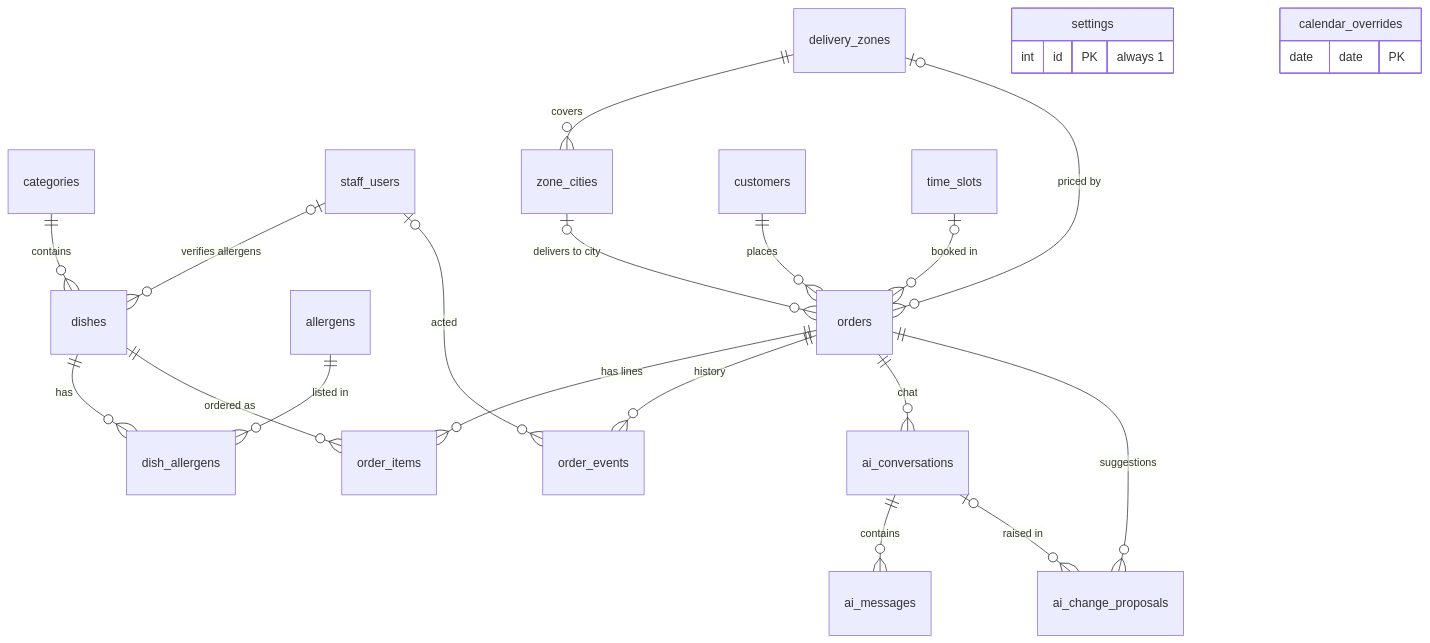
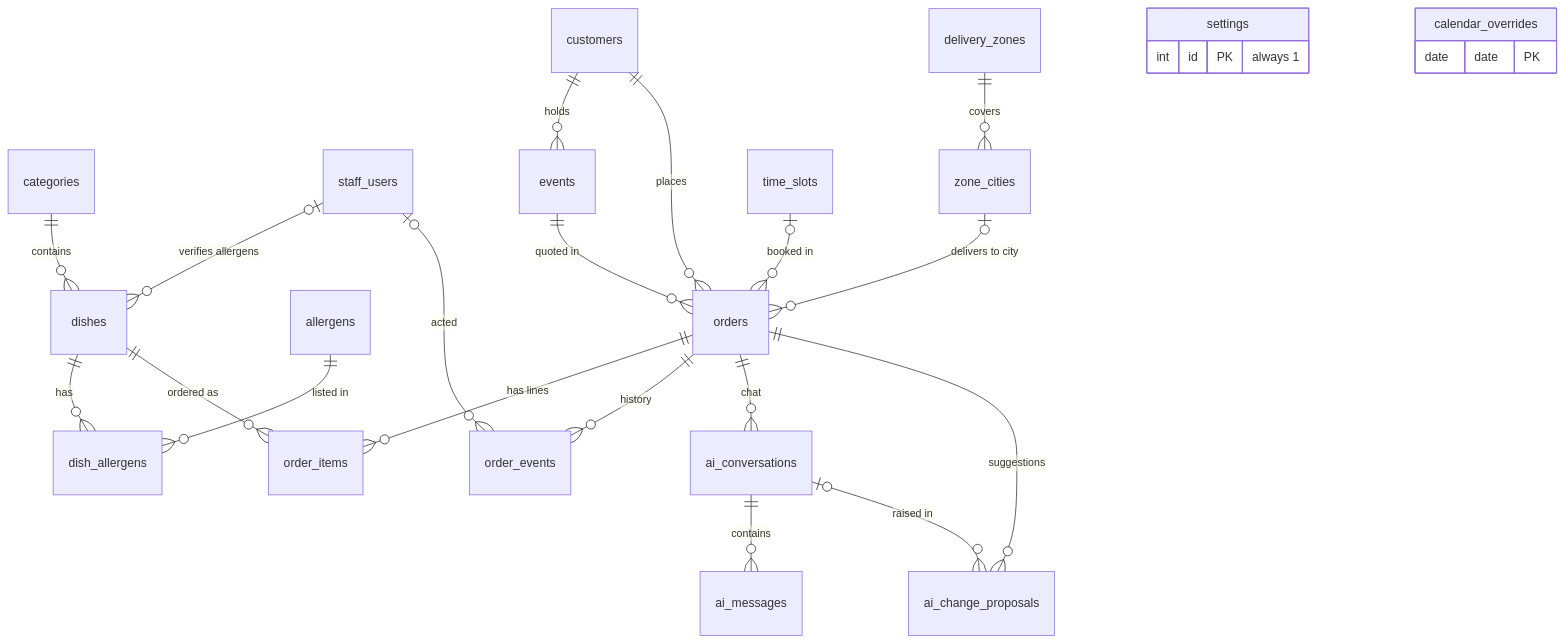
Before and after one commit to JonathanZouari/ai-catering-platform: the first of 5 diagrams in docs/ERD.md, drawn with Mermaid. The commit also changed other lines of this file and 3 other files, not shown here.

````diff
--- a/docs/ERD.md
+++ b/docs/ERD.md
@@ -14,26 +14,27 @@
 ```mermaid
 erDiagram
   categories ||--o{ dishes : "contains"
   dishes ||--o{ dish_allergens : "has"
   allergens ||--o{ dish_allergens : "listed in"
   staff_users |o--o{ dishes : "verifies allergens"
   delivery_zones ||--o{ zone_cities : "covers"
+  customers ||--o{ events : "holds"
+  events ||--o{ orders : "quoted in"
   customers ||--o{ orders : "places"
   time_slots |o--o{ orders : "booked in"
   zone_cities |o--o{ orders : "delivers to city"
-  delivery_zones |o--o{ orders : "priced by"
   orders ||--o{ order_items : "has lines"
   dishes ||--o{ order_items : "ordered as"
   orders ||--o{ order_events : "history"
   staff_users |o--o{ order_events : "acted"
   orders ||--o{ ai_conversations : "chat"
   ai_conversations ||--o{ ai_messages : "contains"
   orders ||--o{ ai_change_proposals : "suggestions"
   ai_conversations |o--o{ ai_change_proposals : "raised in"
   settings {
     int id PK "always 1"
   }
   calendar_overrides {
     date date PK
   }
 ```
````
